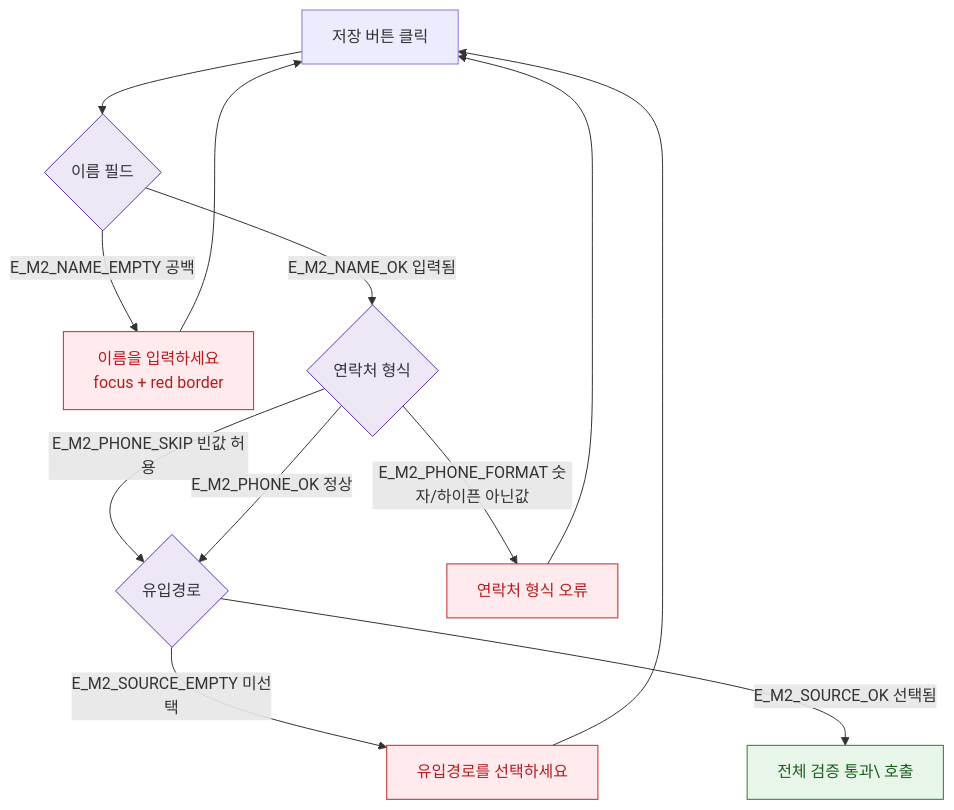
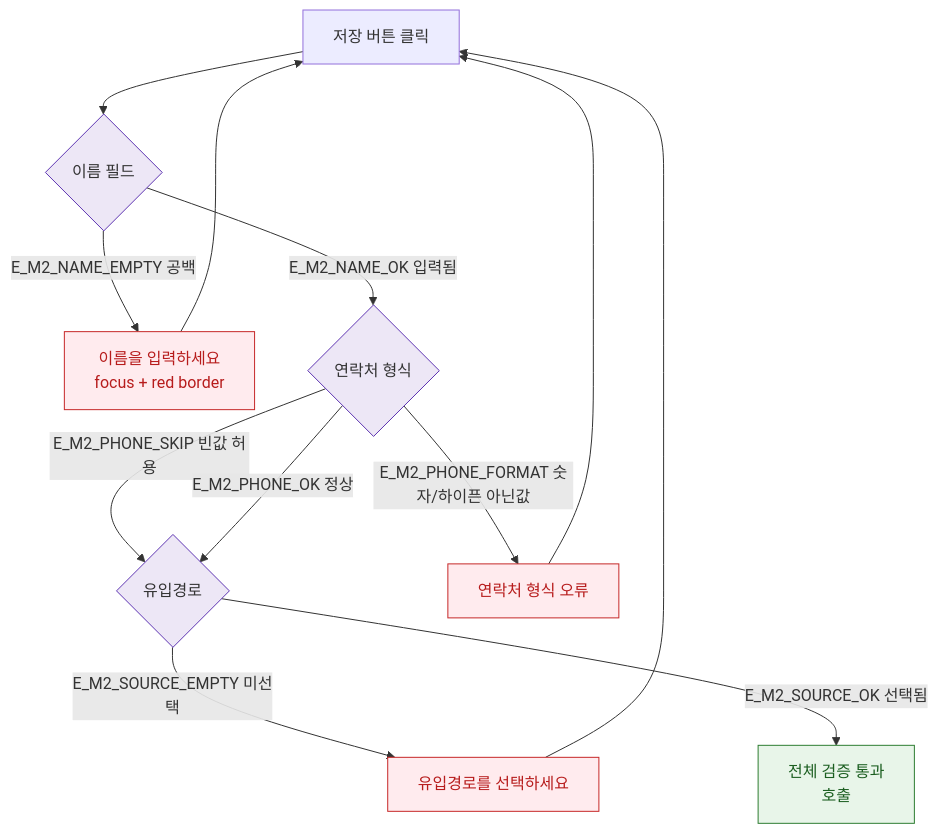
Before and after one commit to dev-spogym/admin-pando: the diagram in docs/admin/다이어그램/D08_마케팅/DLG/DLG-070-001_리드등록수정/M2_필드검증.md, drawn with Mermaid. The commit also changed 369 other files, not shown here.

````diff
--- a/docs/admin/다이어그램/D08_마케팅/DLG/DLG-070-001_리드등록수정/M2_필드검증.md
+++ b/docs/admin/다이어그램/D08_마케팅/DLG/DLG-070-001_리드등록수정/M2_필드검증.md
@@ -12,25 +12,25 @@
 ```mermaid
 flowchart TD
   SAVE[저장 버튼 클릭] --> F_NAME{이름 필드}
   F_NAME -->|E_M2_NAME_EMPTY 공백|ERR_NAME[이름을 입력하세요\nfocus + red border]
   F_NAME -->|E_M2_NAME_OK 입력됨|F_PHONE{연락처 형식}
 
   F_PHONE -->|E_M2_PHONE_SKIP 빈값 허용|F_SOURCE{유입경로}
   F_PHONE -->|E_M2_PHONE_FORMAT 숫자/하이픈 아닌값|ERR_PHONE[연락처 형식 오류]
   F_PHONE -->|E_M2_PHONE_OK 정상|F_SOURCE
 
   F_SOURCE -->|E_M2_SOURCE_EMPTY 미선택|ERR_SOURCE[유입경로를 선택하세요]
-  F_SOURCE -->|E_M2_SOURCE_OK 선택됨|ALL_OK[전체 검증 통과\ 호출]
+  F_SOURCE -->|E_M2_SOURCE_OK 선택됨|ALL_OK[전체 검증 통과<br/> 호출]
 
   ERR_NAME --> SAVE
   ERR_PHONE --> SAVE
   ERR_SOURCE --> SAVE
 
   classDef error fill:#FFEBEE,stroke:#C62828,color:#B71C1C
   classDef success fill:#E8F5E9,stroke:#2E7D32,color:#1B5E20
   classDef system fill:#EDE7F6,stroke:#5E35B2
 
   class ERR_NAME,ERR_PHONE,ERR_SOURCE error
   class ALL_OK success
   class F_NAME,F_PHONE,F_SOURCE system
 ```
````
